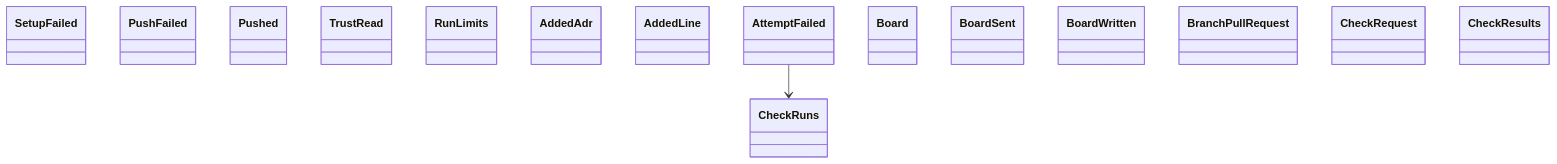
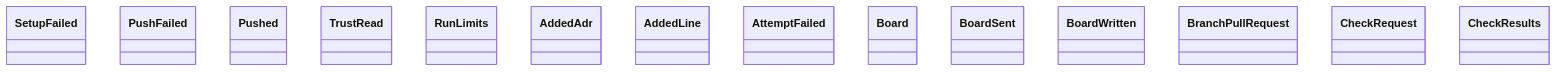
Before and after one commit to GonzaloZevallos/agentic-system: the diagram in docs/architecture/generated/classes-process-application-support-1.md, drawn with Mermaid. The commit also changed other lines of this file and 26 other files, not shown here.

````diff
--- a/docs/architecture/generated/classes-process-application-support-1.md
+++ b/docs/architecture/generated/classes-process-application-support-1.md
@@ -18,19 +19,17 @@
 ```mermaid
 classDiagram
     class checkouts__SetupFailed["SetupFailed"]
     class ci_push__PushFailed["PushFailed"]
     class ci_push__Pushed["Pushed"]
     class ci_trust__TrustRead["TrustRead"]
     class limits__RunLimits["RunLimits"]
     class ports__AddedAdr["AddedAdr"]
     class ports__AddedLine["AddedLine"]
     class ports__AttemptFailed["AttemptFailed"]
     class ports__Board["Board"]
     class ports__BoardSent["BoardSent"]
     class ports__BoardWritten["BoardWritten"]
     class ports__BranchPullRequest["BranchPullRequest"]
     class ports__CheckRequest["CheckRequest"]
     class ports__CheckResults["CheckResults"]
-    class ports__CheckRuns["CheckRuns"]
-    ports__AttemptFailed --> ports__CheckRuns
 ```
````
